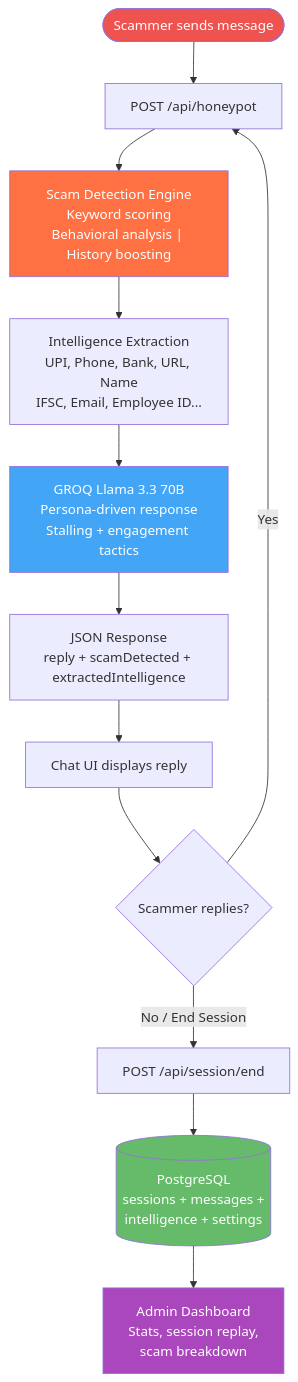
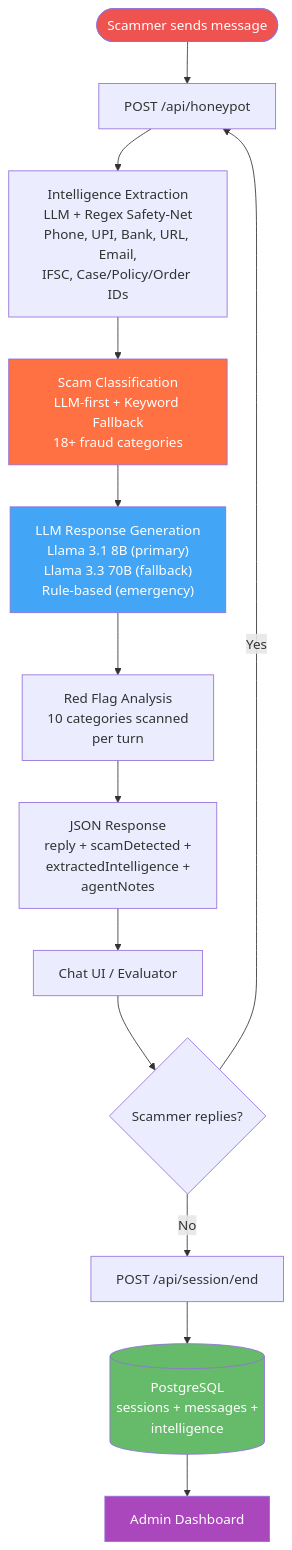
The diagram in README.md (vijayakanth06/Agentic-bot), drawn with Mermaid before and after one commit. The commit also changed other lines of this file and 3 other files, not shown here.

````diff
--- a/README.md
+++ b/README.md
@@ -9,20 +23,21 @@
 ```mermaid
 flowchart TD
     START(["Scammer sends message"]) --> API["POST /api/honeypot"]
-    API --> DETECT["Scam Detection Engine<br/>Keyword scoring<br/>Behavioral analysis | History boosting"]
-    DETECT --> INTEL["Intelligence Extraction<br/>UPI, Phone, Bank, URL, Name<br/>IFSC, Email, Employee ID..."]
-    INTEL --> LLM["GROQ Llama 3.3 70B<br/>Persona-driven response<br/>Stalling + engagement tactics"]
-    LLM --> RESP["JSON Response<br/>reply + scamDetected + extractedIntelligence"]
-    RESP --> UI["Chat UI displays reply"]
+    API --> EXTRACT["Intelligence Extraction<br/>LLM + Regex Safety-Net<br/>Phone, UPI, Bank, URL, Email,<br/>IFSC, Case/Policy/Order IDs"]
+    EXTRACT --> CLASSIFY["Scam Classification<br/>LLM-first + Keyword Fallback<br/>18+ fraud categories"]
+    CLASSIFY --> LLM["LLM Response Generation<br/>Llama 3.1 8B (primary)<br/>Llama 3.3 70B (fallback)<br/>Rule-based (emergency)"]
+    LLM --> FLAGS["Red Flag Analysis<br/>10 categories scanned<br/>per turn"]
+    FLAGS --> RESP["JSON Response<br/>reply + scamDetected +<br/>extractedIntelligence +<br/>agentNotes"]
+    RESP --> UI["Chat UI / Evaluator"]
     UI --> LOOP{"Scammer replies?"}
     LOOP -->|Yes| API
-    LOOP -->|No / End Session| SAVE["POST /api/session/end"]
-    SAVE --> DB[("PostgreSQL<br/>sessions + messages +<br/>intelligence + settings")]
-    DB --> ADMIN["Admin Dashboard<br/>Stats, session replay,<br/>scam breakdown"]
+    LOOP -->|No| SAVE["POST /api/session/end"]
+    SAVE --> DB[("PostgreSQL<br/>sessions + messages +<br/>intelligence")]
+    DB --> ADMIN["Admin Dashboard"]
 
     style START fill:#ef5350,color:#fff
     style DB fill:#66bb6a,color:#fff
     style LLM fill:#42a5f5,color:#fff
-    style DETECT fill:#ff7043,color:#fff
+    style CLASSIFY fill:#ff7043,color:#fff
     style ADMIN fill:#ab47bc,color:#fff
 ```
````
